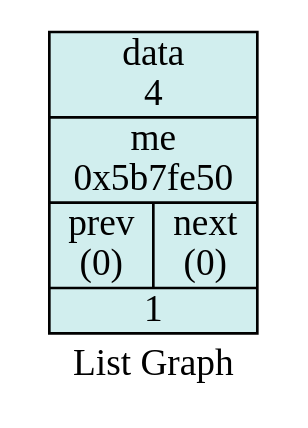
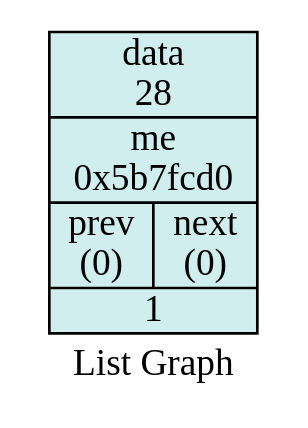
Before and after one commit to StaVan28/iLab: the diagram in 5_list/txt/graph_list.dot, drawn with Graphviz. The commit also changed 5 other files, not shown here.

```diff
--- a/5_list/txt/graph_list.dot
+++ b/5_list/txt/graph_list.dot
@@ -1,11 +1,11 @@
 digraph List {
 
 	node [shape = "circle", style = "filled", fillcolor = "salmon1", fontcolor = "#000000", margin = "0.01"];
 	edge [style = "dashed"];
 	rankdir = "LR"
 
 	label = "List Graph";
 
-	"V0x5b7fe50"[shape = "record", fillcolor="lightcyan2", label = "    data\n4 |    me\n0x5b7fe50 | {prev\n(0) |  next\n(0)} | <f0> 1"];
+	"V0x5b7fcd0"[shape = "record", fillcolor="lightcyan2", label = "    data\n28 |    me\n0x5b7fcd0 | {prev\n(0) |  next\n(0)} | <f0> 1"];
 
 }
```
